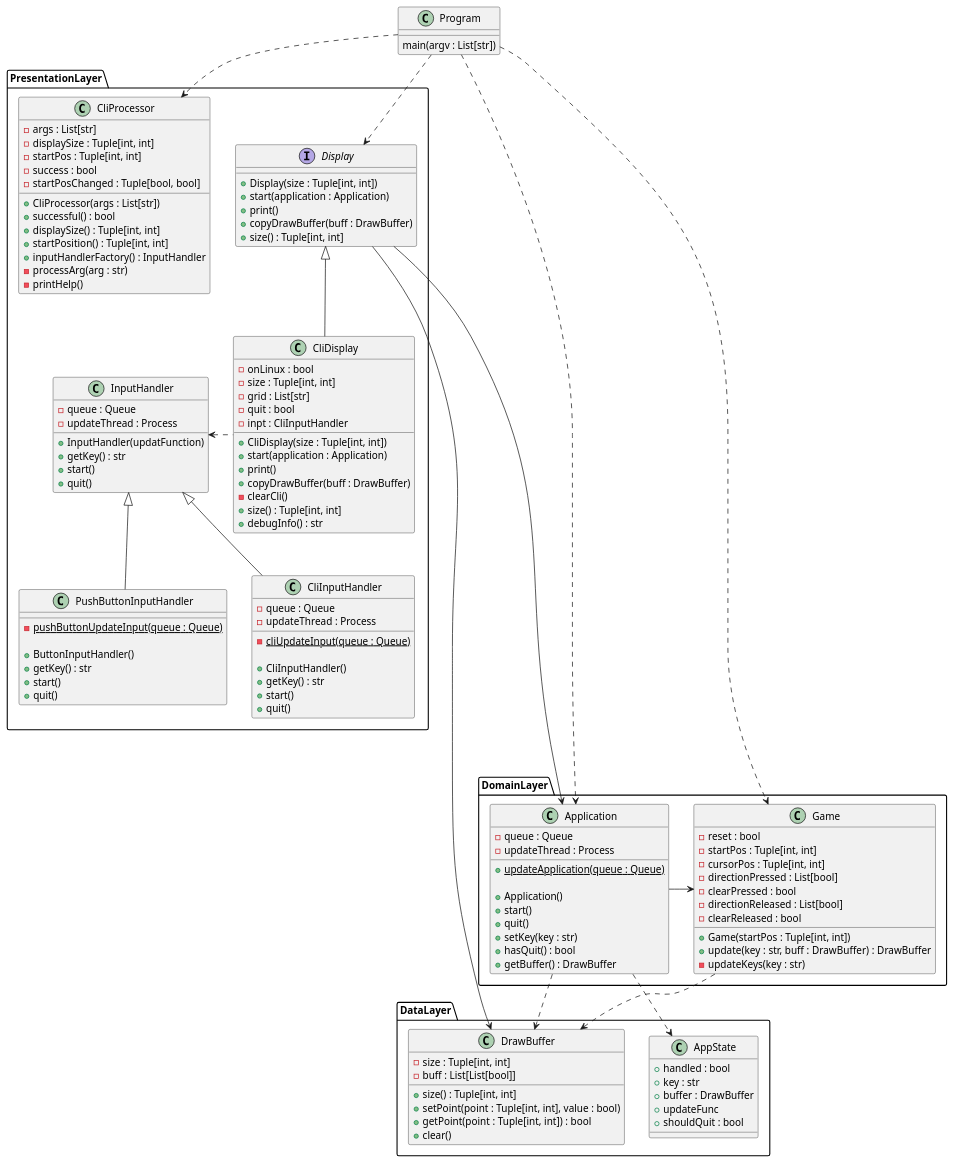
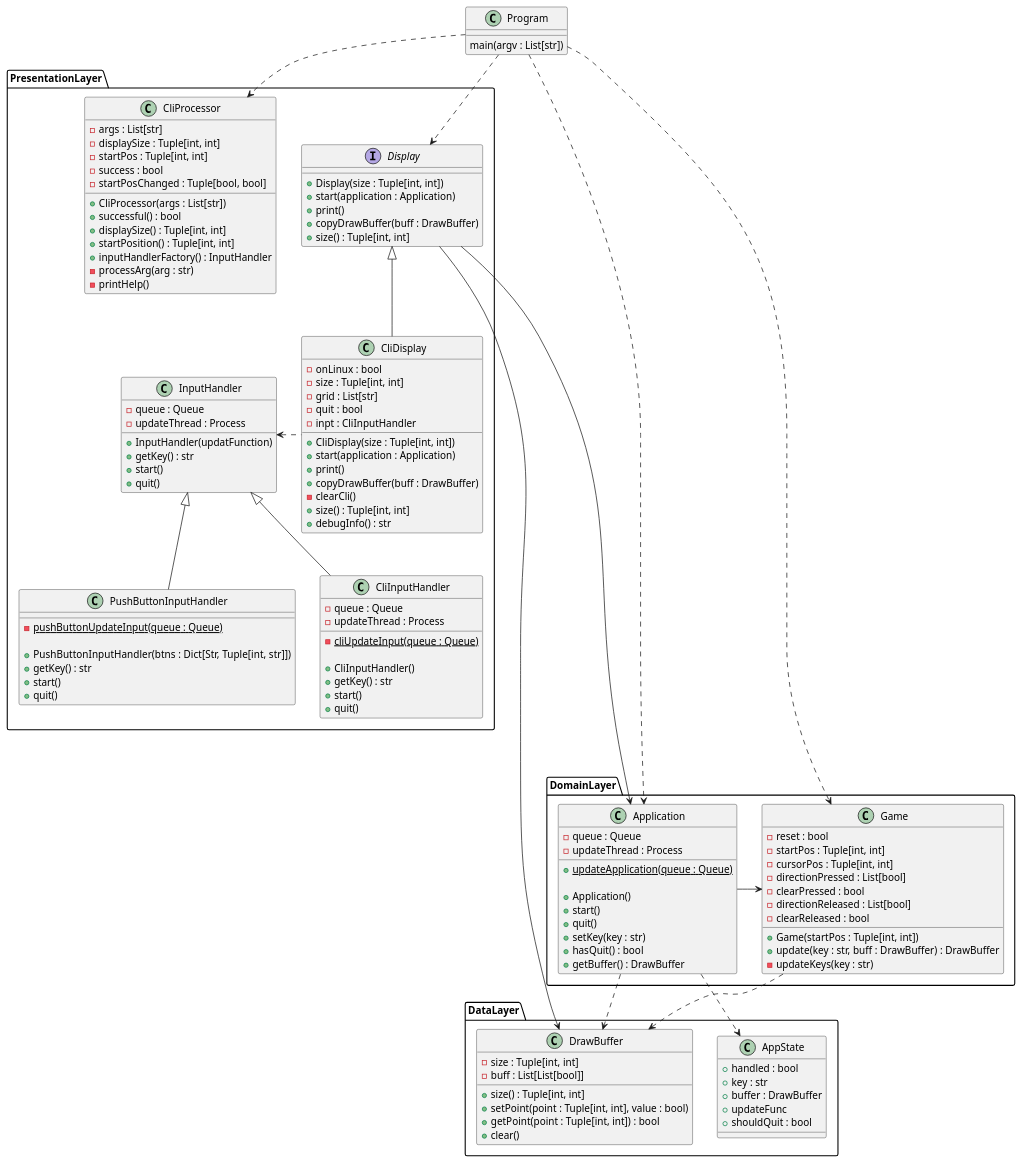
Before and after one commit to blueOkiris/EmbeddedLinuxClass: the diagram in hw02/docs/etchsketch.plantuml, drawn with PlantUML. The commit also changed 2 other files, not shown here.

Commit message:
Finished button input handler

```diff
--- a/hw02/docs/etchsketch.plantuml
+++ b/hw02/docs/etchsketch.plantuml
@@ -1,147 +1,147 @@
 @startuml etch-a-sketch-class
 
 class Program {
     main(argv : List[str])
 }
 
 namespace PresentationLayer {
     interface Display {
         + Display(size : Tuple[int, int])
         + start(application : Application)
         + print()
         + copyDrawBuffer(buff : DrawBuffer)
         + size() : Tuple[int, int]
     }
 
     class CliDisplay {
         - onLinux : bool
         - size : Tuple[int, int]
         - grid : List[str]
         - quit : bool
         - inpt : CliInputHandler
 
         + CliDisplay(size : Tuple[int, int])
         + start(application : Application)
         + print()
         + copyDrawBuffer(buff : DrawBuffer)
         - clearCli()
         + size() : Tuple[int, int]
         + debugInfo() : str
     }
 
     class CliProcessor {
         - args : List[str]
         - displaySize : Tuple[int, int]
         - startPos : Tuple[int, int]
         - success : bool
         - startPosChanged : Tuple[bool, bool]
 
         + CliProcessor(args : List[str])
         + successful() : bool
         + displaySize() : Tuple[int, int]
         + startPosition() : Tuple[int, int]
         + inputHandlerFactory() : InputHandler
         - processArg(arg : str)
         - printHelp()
     }
 
     class InputHandler {
         - queue : Queue
         - updateThread : Process
 
         + InputHandler(updatFunction)
         + getKey() : str
         + start()
         + quit()
     }
 
     class PushButtonInputHandler {
         - {static} pushButtonUpdateInput(queue : Queue)
 
-        + ButtonInputHandler()
+        + PushButtonInputHandler(btns : Dict[Str, Tuple[int, str]])
         + getKey() : str
         + start()
         + quit()
     }
 
     class CliInputHandler {
         - queue : Queue
         - updateThread : Process
 
         - {static} cliUpdateInput(queue : Queue)
 
         + CliInputHandler()
         + getKey() : str
         + start()
         + quit()
     }
 
     CliDisplay .l.> InputHandler
     CliDisplay -u-|> Display
     CliInputHandler -u-|> InputHandler
     PushButtonInputHandler -u-|> InputHandler
 }
 
 namespace DomainLayer {
     class Application {
         - queue : Queue
         - updateThread : Process
 
         + {static} updateApplication(queue : Queue)
 
         + Application()
         + start()
         + quit()
         + setKey(key : str)
         + hasQuit() : bool
         + getBuffer() : DrawBuffer
     }
 
     class Game {
         - reset : bool
         - startPos : Tuple[int, int]
         - cursorPos : Tuple[int, int]
         - directionPressed : List[bool]
         - clearPressed : bool
         - directionReleased : List[bool]
         - clearReleased : bool
         
         + Game(startPos : Tuple[int, int])
         + update(key : str, buff : DrawBuffer) : DrawBuffer
         - updateKeys(key : str)
     }
 
     Application -> Game
 }
 
 namespace DataLayer {
     class DrawBuffer {
         - size : Tuple[int, int]
         - buff : List[List[bool]]
 
         + size() : Tuple[int, int]
         + setPoint(point : Tuple[int, int], value : bool)
         + getPoint(point : Tuple[int, int]) : bool
         + clear()
     }
 
     class AppState {
         + handled : bool
         + key : str
         + buffer : DrawBuffer
         + updateFunc
         + shouldQuit : bool
     }
 }
 
 Program ..> PresentationLayer.CliProcessor
 Program ...> DomainLayer.Game
 Program ...> DomainLayer.Application
 Program ..> PresentationLayer.Display
 PresentationLayer.Display -----> DomainLayer.Application
 PresentationLayer.Display -----> DataLayer.DrawBuffer
 DomainLayer.Application ..> DataLayer.AppState
 DomainLayer.Application ..> DataLayer.DrawBuffer
 DomainLayer.Game ..> DataLayer.DrawBuffer
 
 @enduml
```
